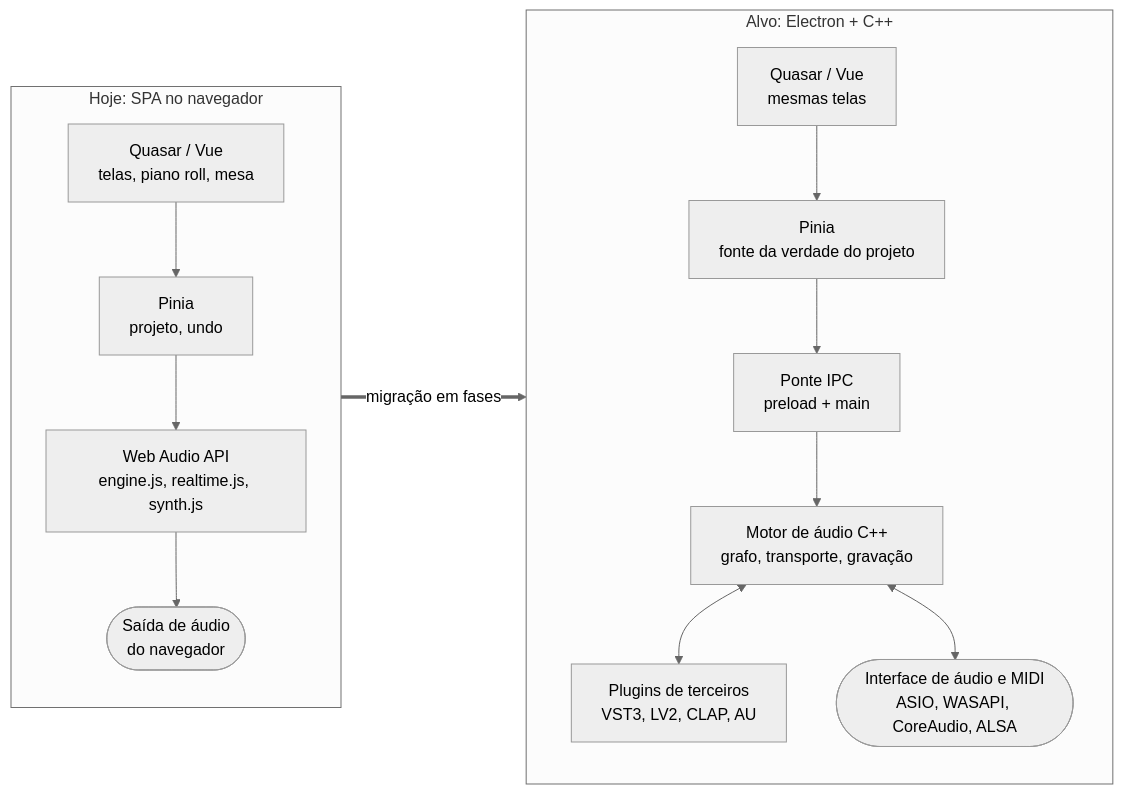
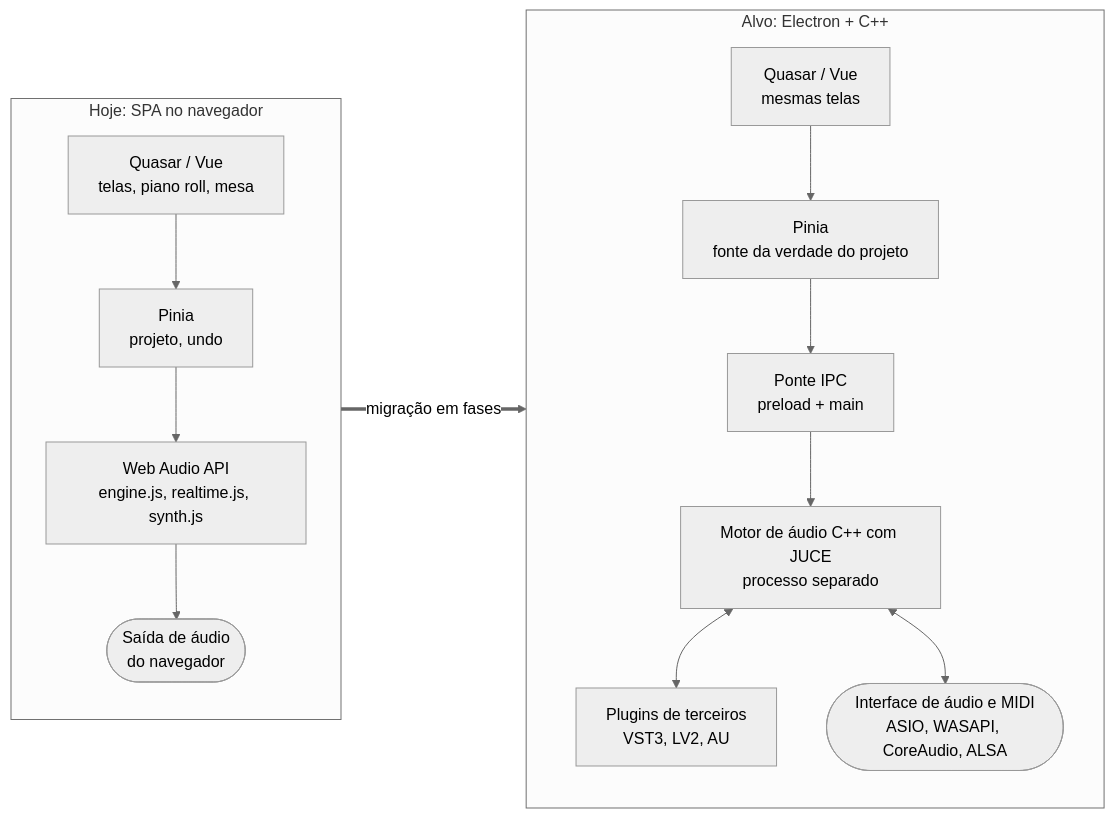
The first of 10 diagrams in docs/INTEGRACAO-PLUGINS-NATIVOS.md (GuiPassoskt/RavenAudioEditor), drawn with Mermaid (neutral theme) before and after one commit. The commit also changed other lines of this file and 34 other files, not shown here.

First line of the commit message:
Adiciona modo desktop (Electron) e plugins VST3/LV2 com motor JUCE

````diff
--- a/docs/INTEGRACAO-PLUGINS-NATIVOS.md
+++ b/docs/INTEGRACAO-PLUGINS-NATIVOS.md
@@ -16,26 +21,26 @@
 ```mermaid
 flowchart LR
   subgraph HOJE["Hoje: SPA no navegador"]
     direction TB
     UI1["Quasar / Vue<br/>telas, piano roll, mesa"]
     ST1["Pinia<br/>projeto, undo"]
     WA["Web Audio API<br/>engine.js, realtime.js, synth.js"]
     UI1 --> ST1 --> WA
     WA --> OUT1(["Saída de áudio<br/>do navegador"])
   end
 
   subgraph ALVO["Alvo: Electron + C++"]
     direction TB
     UI2["Quasar / Vue<br/>mesmas telas"]
     ST2["Pinia<br/>fonte da verdade do projeto"]
     BR["Ponte IPC<br/>preload + main"]
-    EN["Motor de áudio C++<br/>grafo, transporte, gravação"]
-    PL["Plugins de terceiros<br/>VST3, LV2, CLAP, AU"]
+    EN["Motor de áudio C++ com JUCE<br/>processo separado"]
+    PL["Plugins de terceiros<br/>VST3, LV2, AU"]
     HW(["Interface de áudio e MIDI<br/>ASIO, WASAPI, CoreAudio, ALSA"])
     UI2 --> ST2 --> BR --> EN
     EN <--> PL
     EN <--> HW
   end
 
   HOJE == "migração em fases" ==> ALVO
 ```
````
